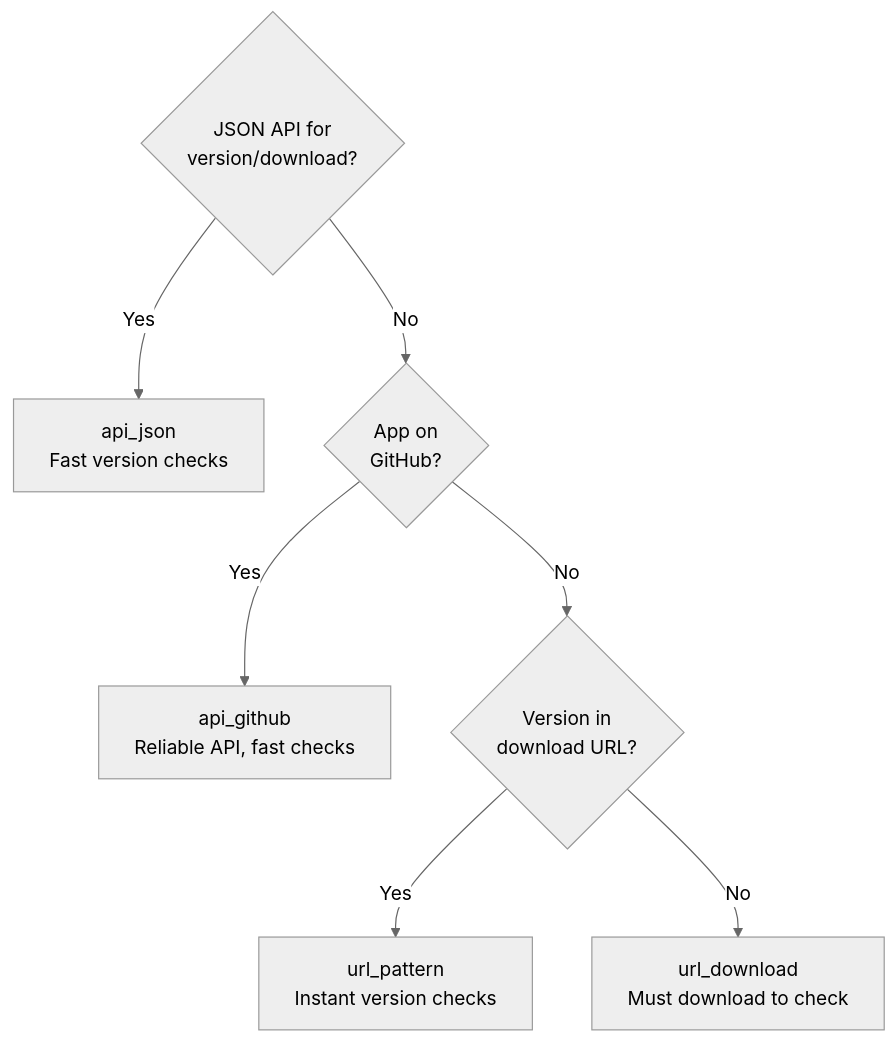
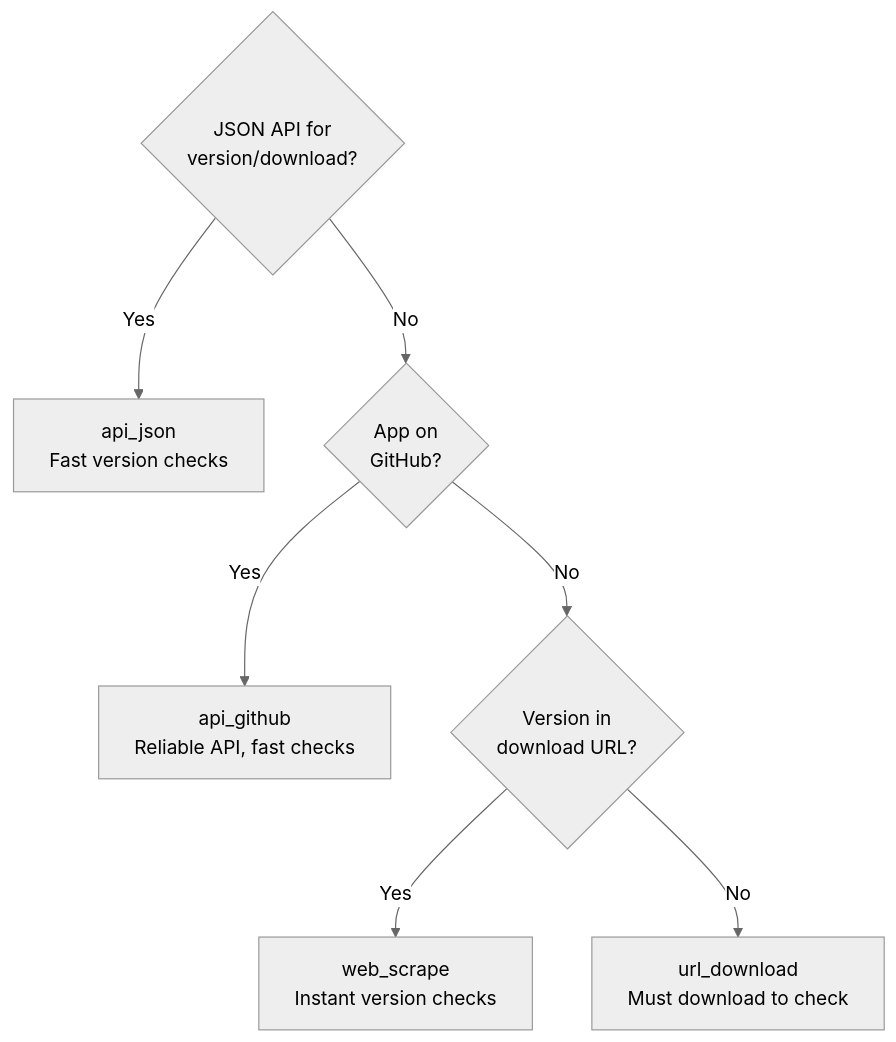
Before and after one commit to RogerCibrian/notapkgtool: the first of 3 diagrams in docs/user-guide.md, drawn with Mermaid (neutral theme). The commit also changed other lines of this file and 18 other files, not shown here.

First line of the commit message:
feat: add web_scrape strategy for vendor pages

````diff
--- a/docs/user-guide.md
+++ b/docs/user-guide.md
@@ -216,10 +216,10 @@
 ```mermaid
 flowchart TD
     Start{JSON API for<br/>version/download?}
     Start -->|Yes| JSON[api_json<br/>Fast version checks]
     Start -->|No| GitHub{App on<br/>GitHub?}
     GitHub -->|Yes| GHRelease[api_github<br/>Reliable API, fast checks]
     GitHub -->|No| URLVersion{Version in<br/>download URL?}
-    URLVersion -->|Yes| Regex[url_pattern<br/>Instant version checks]
+    URLVersion -->|Yes| Regex[web_scrape<br/>Instant version checks]
     URLVersion -->|No| Static[url_download<br/>Must download to check]
 ```
````
